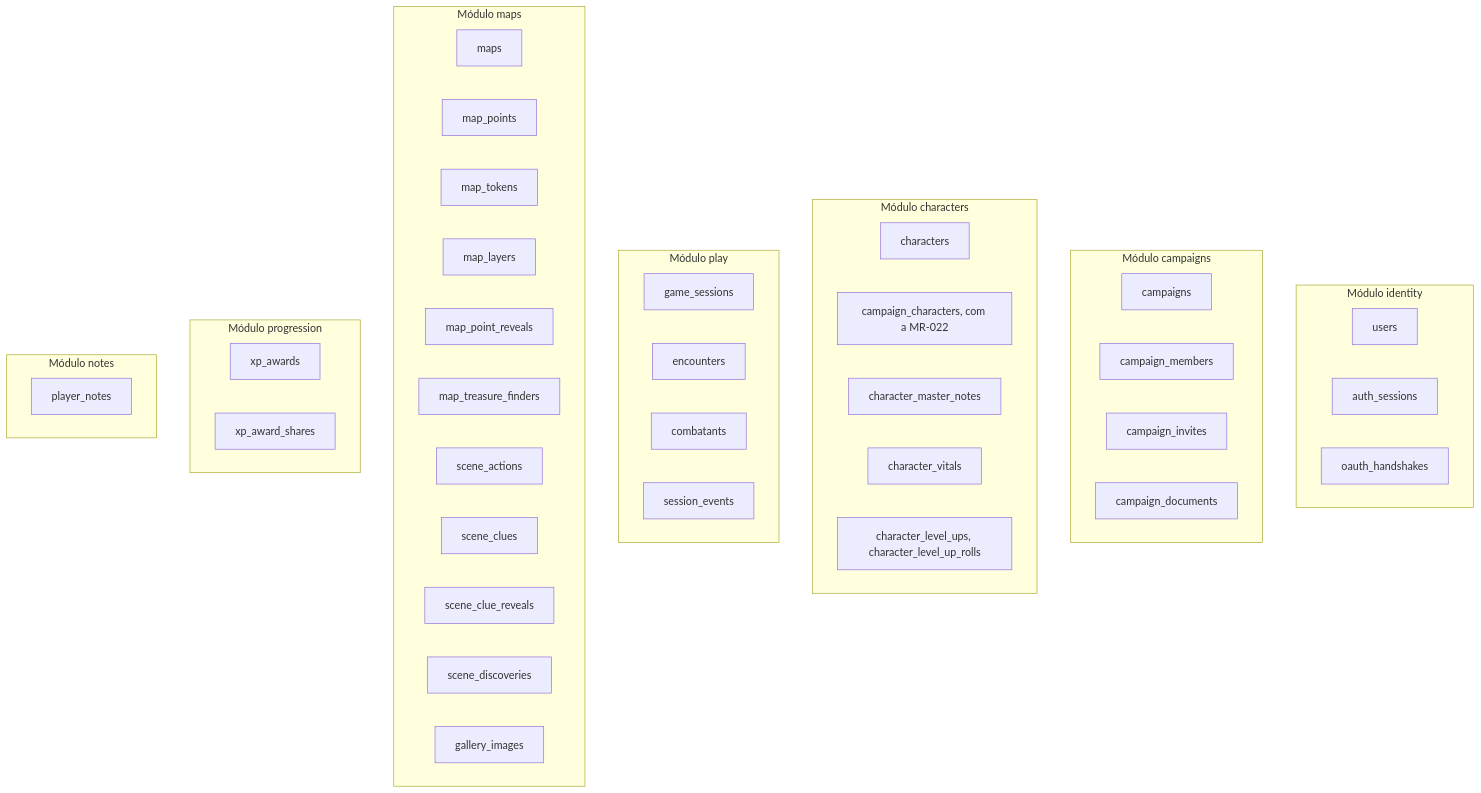
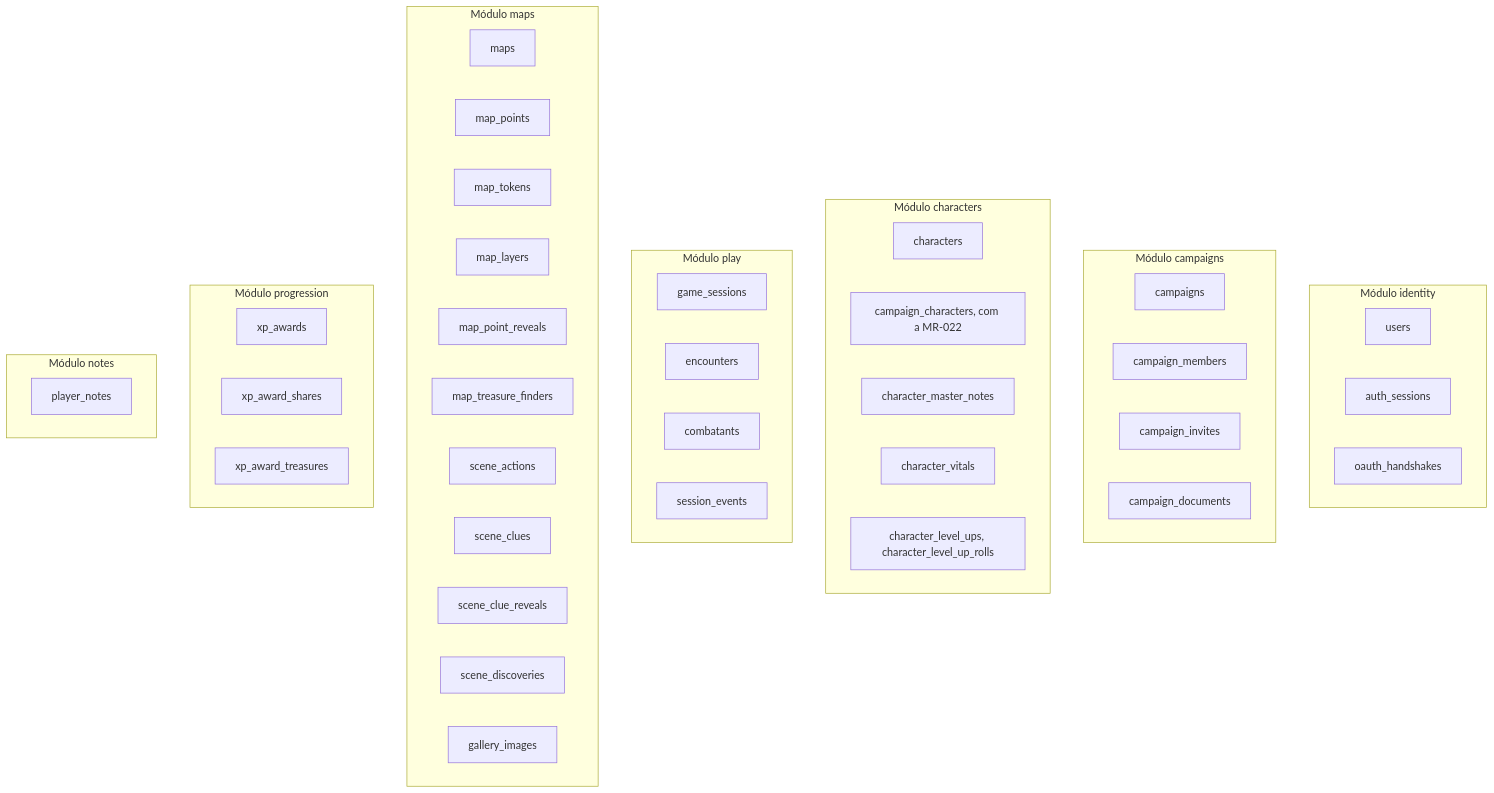
The second of 3 diagrams in docs/dados.md (PuraFome/meuRPG), drawn with Mermaid before and after one commit. The commit also changed other lines of this file and 43 other files, not shown here.

````diff
--- a/docs/dados.md
+++ b/docs/dados.md
@@ -303,53 +304,54 @@
 ```mermaid
 flowchart TD
     subgraph identity["Módulo identity"]
         t_users["users"]
         t_auth_sessions["auth_sessions"]
         t_oauth_handshakes["oauth_handshakes"]
     end
 
     subgraph campaigns_mod["Módulo campaigns"]
         t_campaigns["campaigns"]
         t_campaign_members["campaign_members"]
         t_campaign_invites["campaign_invites"]
         t_campaign_documents["campaign_documents"]
     end
 
     subgraph characters_mod["Módulo characters"]
         t_characters["characters"]
         t_campaign_characters["campaign_characters, com a MR-022"]
         t_character_master_notes["character_master_notes"]
         t_character_vitals["character_vitals"]
         t_character_level_ups["character_level_ups, character_level_up_rolls"]
     end
 
     subgraph play["Módulo play"]
         t_game_sessions["game_sessions"]
         t_encounters["encounters"]
         t_combatants["combatants"]
         t_session_events["session_events"]
     end
 
     subgraph maps_mod["Módulo maps"]
         t_maps["maps"]
         t_map_points["map_points"]
         t_map_tokens["map_tokens"]
         t_map_layers["map_layers"]
         t_map_point_reveals["map_point_reveals"]
         t_map_treasure_finders["map_treasure_finders"]
         t_scene_actions["scene_actions"]
         t_scene_clues["scene_clues"]
         t_scene_clue_reveals["scene_clue_reveals"]
         t_scene_discoveries["scene_discoveries"]
         t_gallery_images["gallery_images"]
     end
 
     subgraph progression["Módulo progression"]
         t_xp_awards["xp_awards"]
         t_xp_award_shares["xp_award_shares"]
+        t_xp_award_treasures["xp_award_treasures"]
     end
 
     subgraph notes_mod["Módulo notes"]
         t_player_notes["player_notes"]
     end
 ```
````
